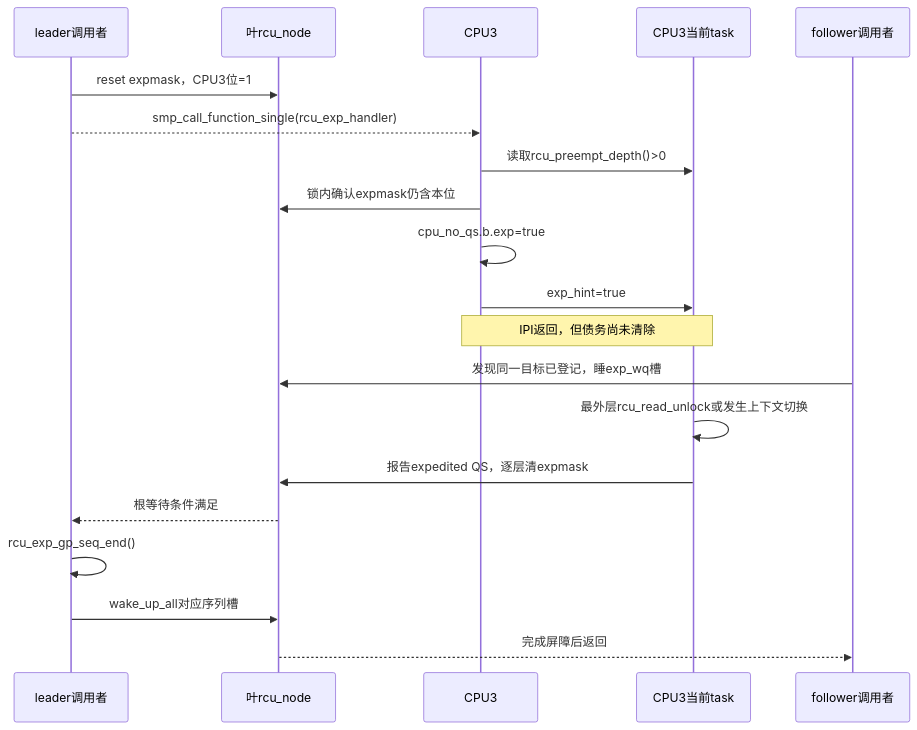
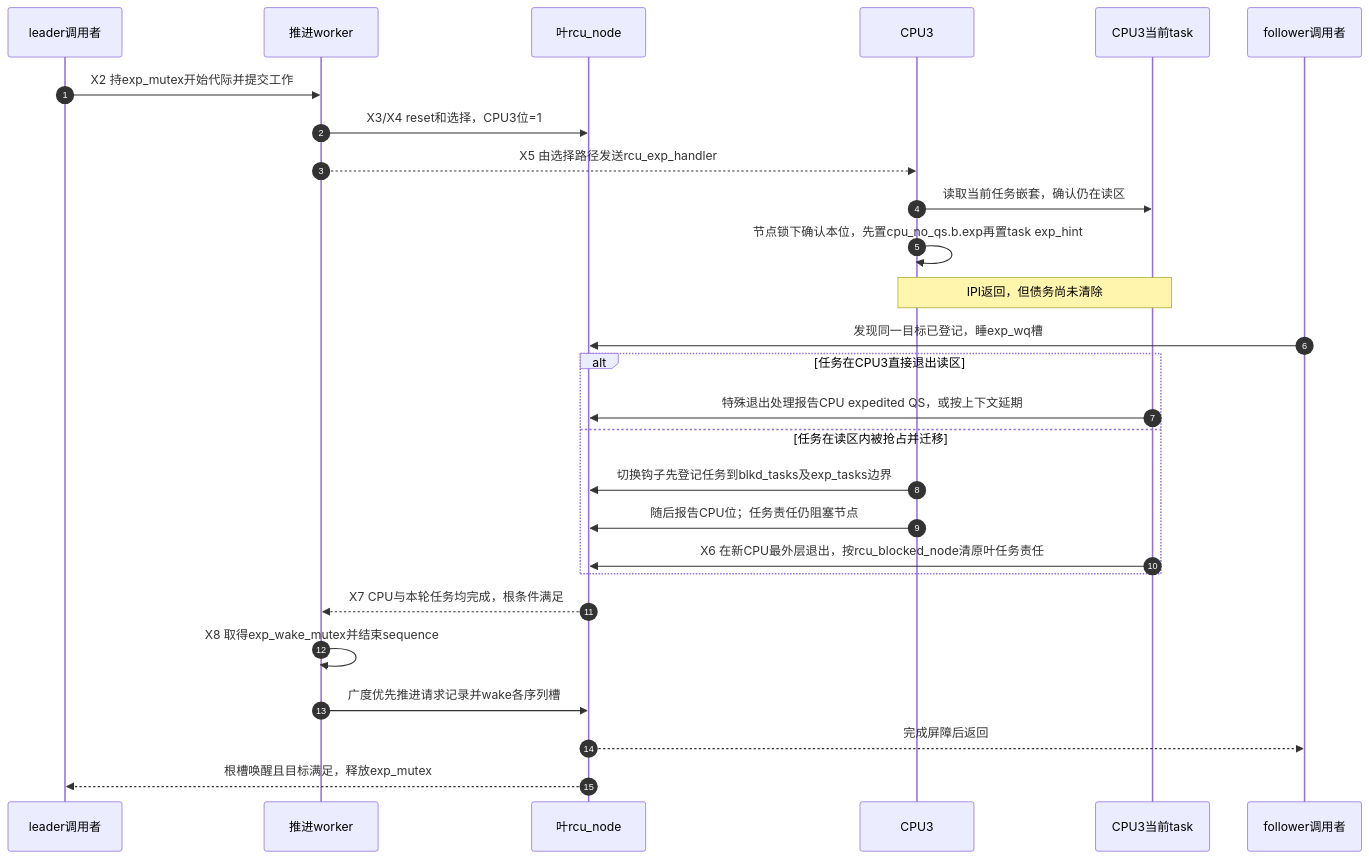
One commit to FormingSystem/linux_note changed the second of 2 diagrams in research/source_reading/rcu/navigation/P06_Linux_6.12_Tree_RCU_Expedited_GP模块源码概念导读.md. Above: the diagram before and after it, drawn with Mermaid. The commit also changed other lines of this file and 1 other file, not shown here.

First line of the commit message:
docs(rcu/source): 明确加速GP执行者与任务责任

````diff
--- a/research/source_reading/rcu/navigation/P06_Linux_6.12_Tree_RCU_Expedited_GP模块源码概念导读.md
+++ b/research/source_reading/rcu/navigation/P06_Linux_6.12_Tree_RCU_Expedited_GP模块源码概念导读.md
@@ -119,23 +128,30 @@
 ```mermaid
 sequenceDiagram
+    autonumber
     participant A as leader调用者
+    participant W as 推进worker
     participant N as 叶rcu_node
     participant C as CPU3
     participant T as CPU3当前task
     participant F as follower调用者
 
-    A->>N: reset expmask，CPU3位=1
-    A-->>C: smp_call_function_single(rcu_exp_handler)
-    C->>T: 读取rcu_preempt_depth()>0
-    C->>N: 锁内确认expmask仍含本位
-    C->>C: cpu_no_qs.b.exp=true
-    C->>T: exp_hint=true
+    A->>W: X2 持exp_mutex开始代际并提交工作
+    W->>N: X3/X4 reset和选择，CPU3位=1
+    W-->>C: X5 由选择路径发送rcu_exp_handler
+    C->>T: 读取当前任务嵌套，确认仍在读区
+    C->>C: 节点锁下确认本位，先置cpu_no_qs.b.exp再置task exp_hint
     Note over C,T: IPI返回，但债务尚未清除
     F->>N: 发现同一目标已登记，睡exp_wq槽
-    T->>T: 最外层rcu_read_unlock或发生上下文切换
-    T->>N: 报告expedited QS，逐层清expmask
-    N-->>A: 根等待条件满足
-    A->>A: rcu_exp_gp_seq_end()
-    A->>N: wake_up_all对应序列槽
+    alt 任务在CPU3直接退出读区
+        T->>N: 特殊退出处理报告CPU expedited QS，或按上下文延期
+    else 任务在读区内被抢占并迁移
+        C->>N: 切换钩子先登记任务到blkd_tasks及exp_tasks边界
+        C->>N: 随后报告CPU位；任务责任仍阻塞节点
+        T->>N: X6 在新CPU最外层退出，按rcu_blocked_node清原叶任务责任
+    end
+    N-->>W: X7 CPU与本轮任务均完成，根条件满足
+    W->>W: X8 取得exp_wake_mutex并结束sequence
+    W->>N: 广度优先推进请求记录并wake各序列槽
     N-->>F: 完成屏障后返回
+    N-->>A: 根槽唤醒且目标满足，释放exp_mutex
 ```
````
